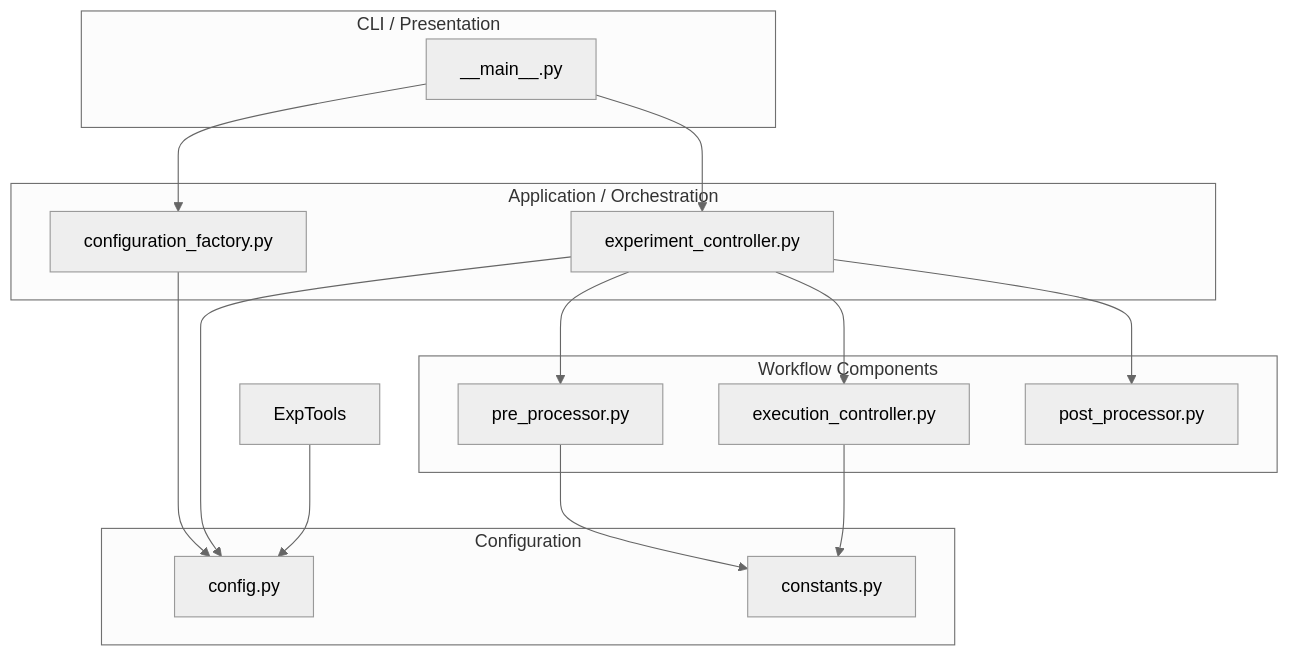
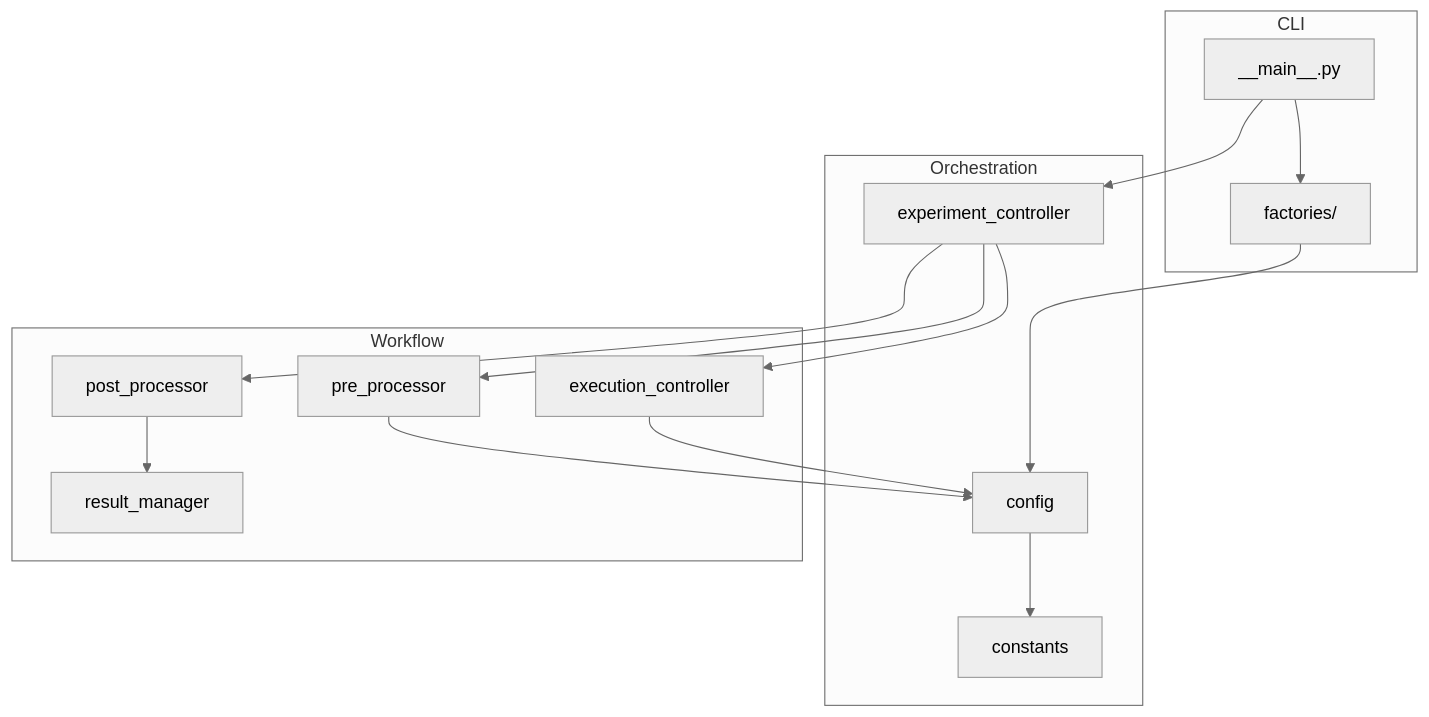
One commit to PAMunb/rvsec changed the second of 5 diagrams in rv-android/modules/rv-experiment/docs/architecture.md. Above: the diagram before and after it, drawn with Mermaid. The commit also changed other lines of this file and 7 other files, not shown here.

First line of the commit message:
test: add resume coverage for rv-platform and rv-experiment + update architecture docs

````diff
--- a/rv-android/modules/rv-experiment/docs/architecture.md
+++ b/rv-android/modules/rv-experiment/docs/architecture.md
@@ -207,34 +188,34 @@
 ```mermaid
 %%{init: {'theme': 'neutral'}}%%
 flowchart TB
-    subgraph Presentation["CLI / Presentation"]
-        MainCLI["__main__.py"]
+    subgraph CLILayer["CLI"]
+        MainModule["__main__.py"]
+        FactoriesModule["factories/"]
     end
 
-    subgraph Application["Application / Orchestration"]
-        ExpCtrl["experiment_controller.py"]
-        ConfigFactory["configuration_factory.py"]
+    subgraph OrchLayer["Orchestration"]
+        ExpController["experiment_controller"]
+        ConfigModule["config"]
+        ConstModule["constants"]
     end
 
-    subgraph Workflow["Workflow Components"]
-        PreProc["pre_processor.py"]
-        ExecCtrl["execution_controller.py"]
-        PostProc["post_processor.py"]
+    subgraph WorkflowLayer["Workflow"]
+        PreProcModule["pre_processor"]
+        ExecCtrlModule["execution_controller"]
+        PostProcModule["post_processor"]
+        ResultMgrModule["result_manager"]
     end
 
-    subgraph Configuration["Configuration"]
-        Config["config.py"]
-        Constants["constants.py"]
-    end
+    MainModule --> ExpController
+    MainModule --> FactoriesModule
+    FactoriesModule --> ConfigModule
 
-    MainCLI --> ExpCtrl
-    MainCLI --> ConfigFactory
-    ConfigFactory --> Config
-    ExpCtrl --> PreProc
-    ExpCtrl --> ExecCtrl
-    ExpCtrl --> PostProc
-    ExpCtrl --> Config
-    PreProc --> Constants
-    ExecCtrl --> Constants
-    ExpTools --> Config
+    ExpController --> PreProcModule
+    ExpController --> ExecCtrlModule
+    ExpController --> PostProcModule
+    PostProcModule --> ResultMgrModule
+
+    PreProcModule --> ConfigModule
+    ExecCtrlModule --> ConfigModule
+    ConfigModule --> ConstModule
 ```
````
